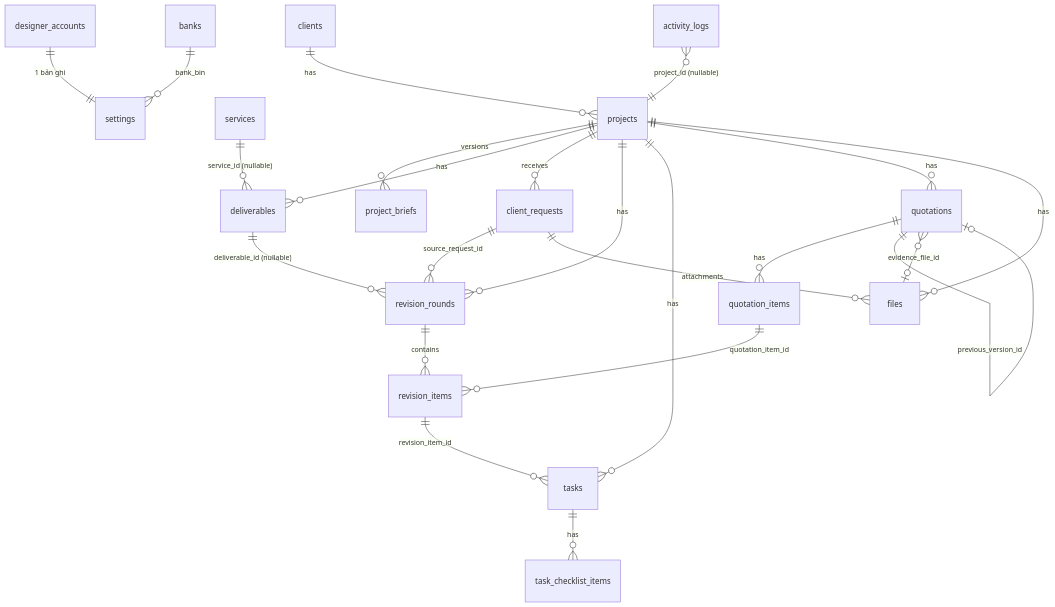
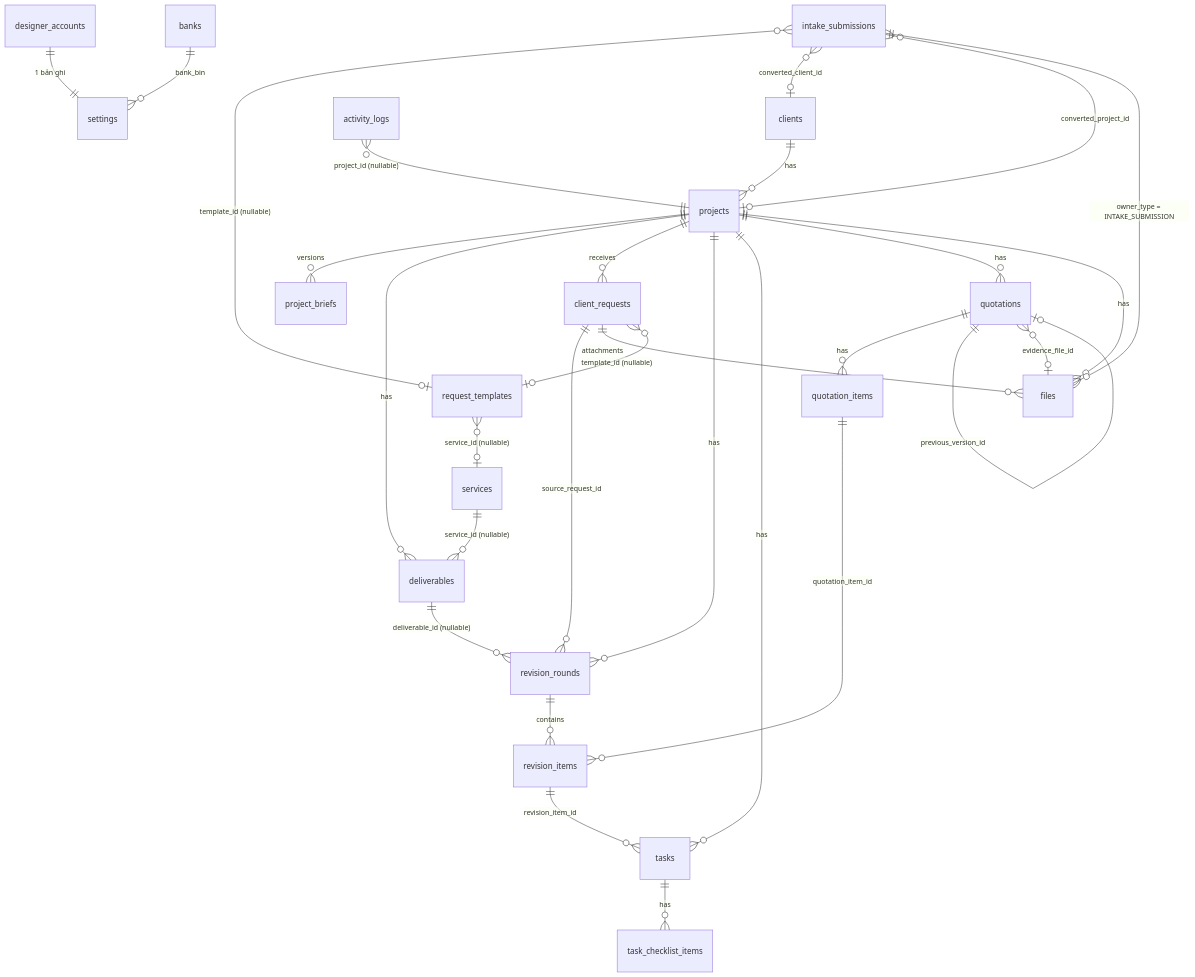
Before and after one commit to TPhog/ManageTaskDesign: the diagram in docs/04-database-design.md, drawn with Mermaid. The commit also changed other lines of this file and 6 other files, not shown here.

First line of the commit message:
docs(M13): document request templates, the public intake form and its deploy settings

````diff
--- a/docs/04-database-design.md
+++ b/docs/04-database-design.md
@@ -14,25 +14,31 @@
 ```mermaid
 erDiagram
     designer_accounts ||--|| settings : "1 bản ghi"
     banks ||--o{ settings : "bank_bin"
     services ||--o{ deliverables : "service_id (nullable)"
     clients ||--o{ projects : has
     projects ||--o{ project_briefs : versions
     projects ||--o{ deliverables : has
     projects ||--o{ client_requests : receives
     projects ||--o{ revision_rounds : has
     deliverables ||--o{ revision_rounds : "deliverable_id (nullable)"
     client_requests ||--o{ revision_rounds : "source_request_id"
     revision_rounds ||--o{ revision_items : contains
     quotation_items ||--o{ revision_items : "quotation_item_id"
     projects ||--o{ tasks : has
     revision_items ||--o{ tasks : "revision_item_id"
     tasks ||--o{ task_checklist_items : has
     projects ||--o{ quotations : has
     quotations ||--o{ quotation_items : has
     quotations ||--o| quotations : "previous_version_id"
     projects ||--o{ files : has
     client_requests ||--o{ files : attachments
+    request_templates }o--o| services : "service_id (nullable)"
+    client_requests }o--o| request_templates : "template_id (nullable)"
+    intake_submissions }o--o| request_templates : "template_id (nullable)"
+    intake_submissions }o--o| clients : "converted_client_id"
+    intake_submissions }o--o| projects : "converted_project_id"
+    intake_submissions ||--o{ files : "owner_type = INTAKE_SUBMISSION"
     quotations }o--o| files : "evidence_file_id"
     activity_logs }o--|| projects : "project_id (nullable)"
 ```
````
